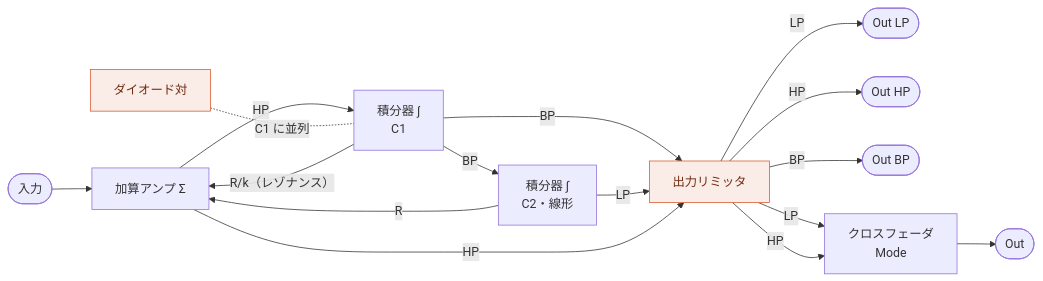
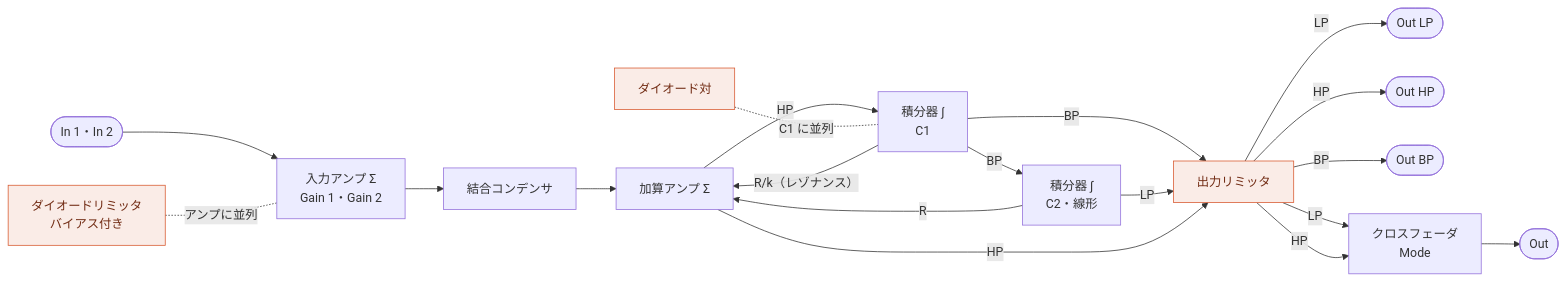
Before and after one commit to risgk/midi_synthesizer_spms1: the second of 4 diagrams in spms1_type2/spms1_patching.ja.md, drawn with Mermaid. The commit also changed other lines of this file and 8 other files, not shown here.

````diff
--- a/spms1_type2/spms1_patching.ja.md
+++ b/spms1_type2/spms1_patching.ja.md
@@ -114,20 +128,23 @@
 ```mermaid
 flowchart LR
-  IN([入力]) --> A1["加算アンプ Σ"]
+  IN([In 1・In 2]) --> IA["入力アンプ Σ<br/>Gain 1・Gain 2"]
+  DI["ダイオードリミッタ<br/>バイアス付き"] -.-|アンプに並列| IA
+  IA --> CC["結合コンデンサ"]
+  CC --> A1["加算アンプ Σ"]
   A1 -->|HP| A2["積分器 ∫<br/>C1"]
   D["ダイオード対"] -.-|C1 に並列| A2
   A2 -->|BP| LIM
   A2 -->|BP| A3["積分器 ∫<br/>C2・線形"]
   A3 -->|LP| LIM["出力リミッタ"]
   A1 -->|HP| LIM
   LIM -->|LP| OUT_LP([Out LP])
   LIM -->|HP| OUT_HP([Out HP])
   LIM -->|BP| OUT_BP([Out BP])
   LIM -->|LP| XF["クロスフェーダ<br/>Mode"]
   LIM -->|HP| XF
   XF --> OUT([Out])
   A2 -->|"R/k（レゾナンス）"| A1
   A3 -->|R| A1
   classDef nl fill:#FAECE7,stroke:#D85A30,color:#712B13
-  class D,LIM nl
+  class DI,D,LIM nl
 ```
````
